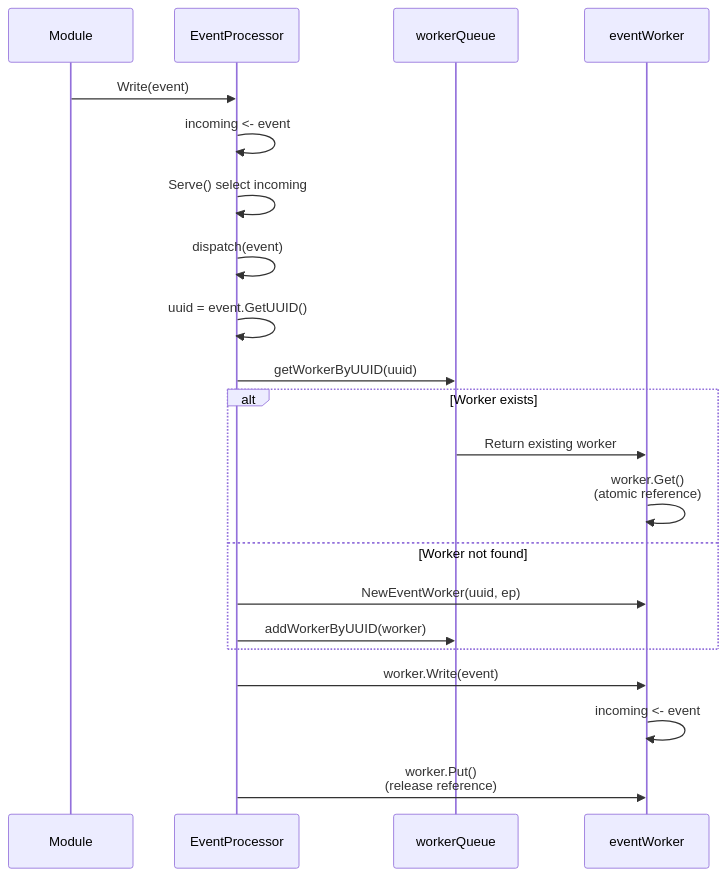
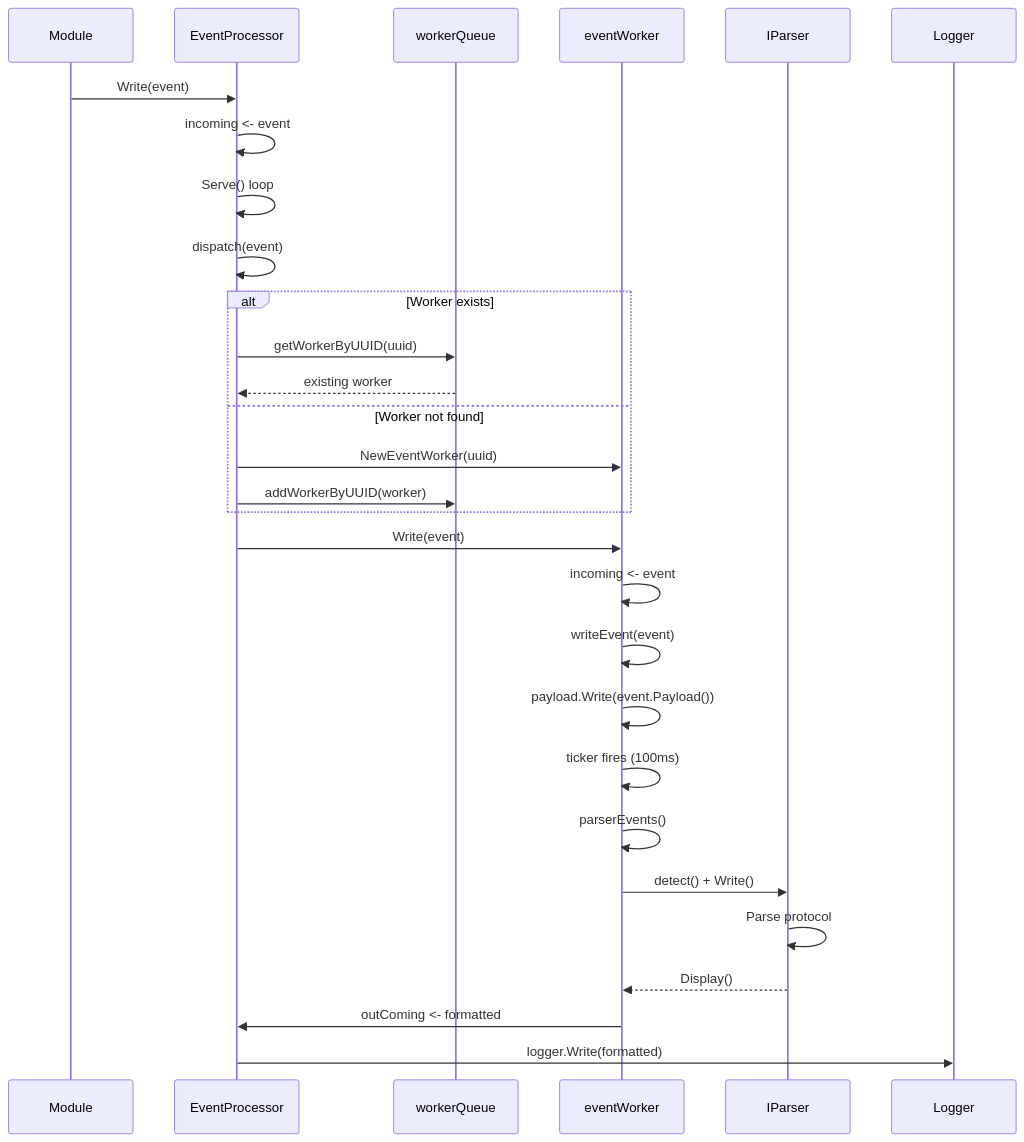
One commit to gojue/ecapture.cc changed the third of 7 diagrams in src/en/5-development-guide/5.4-event-processing-and-parsers.md. Above: the diagram before and after it, drawn with Mermaid. The commit also changed other lines of this file and 115 other files, not shown here.

````diff
--- a/src/en/5-development-guide/5.4-event-processing-and-parsers.md
+++ b/src/en/5-development-guide/5.4-event-processing-and-parsers.md
@@ -261,28 +151,36 @@
 ```mermaid
 sequenceDiagram
-    participant Module as Module
+    participant Module
     participant EP as EventProcessor
-    participant WQ as workerQueue
-    participant EW as eventWorker
+    participant Queue as workerQueue
+    participant Worker as eventWorker
+    participant Parser as IParser
+    participant Logger
     
     Module->>EP: Write(event)
     EP->>EP: incoming <- event
-    
-    EP->>EP: Serve() select incoming
+    EP->>EP: Serve() loop
     EP->>EP: dispatch(event)
     
-    EP->>EP: uuid = event.GetUUID()
-    EP->>WQ: getWorkerByUUID(uuid)
-    
     alt Worker exists
-        WQ->>EW: Return existing worker
-        EW->>EW: worker.Get()<br/>(atomic reference)
+        EP->>Queue: getWorkerByUUID(uuid)
+        Queue-->>EP: existing worker
     else Worker not found
-        EP->>EW: NewEventWorker(uuid, ep)
-        EP->>WQ: addWorkerByUUID(worker)
+        EP->>Worker: NewEventWorker(uuid)
+        EP->>Queue: addWorkerByUUID(worker)
     end
     
-    EP->>EW: worker.Write(event)
-    EW->>EW: incoming <- event
-    EP->>EW: worker.Put()<br/>(release reference)
+    EP->>Worker: Write(event)
+    Worker->>Worker: incoming <- event
+    Worker->>Worker: writeEvent(event)
+    Worker->>Worker: payload.Write(event.Payload())
+    
+    Worker->>Worker: ticker fires (100ms)
+    Worker->>Worker: parserEvents()
+    Worker->>Parser: detect() + Write()
+    Parser->>Parser: Parse protocol
+    Parser-->>Worker: Display()
+    
+    Worker->>EP: outComing <- formatted
+    EP->>Logger: logger.Write(formatted)
 ```
````
